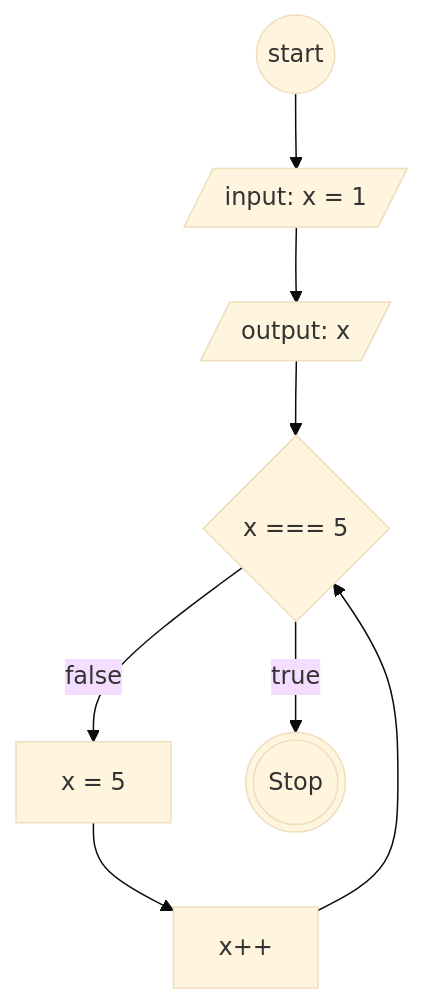
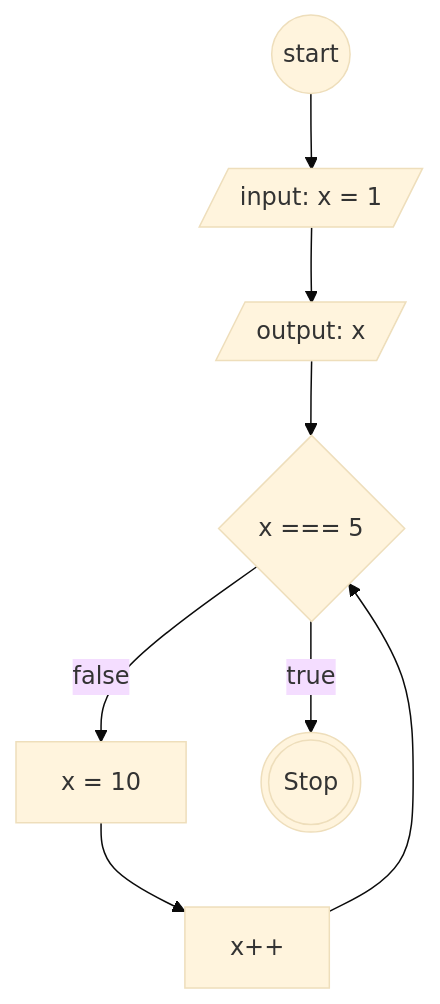
The second of 2 diagrams in flowchart-loop.md (AbiPasundan/koda-b6-javascript1), drawn with Mermaid (base theme) before and after one commit. The commit also changed other lines of this file, not shown here.

````diff
--- a/flowchart-loop.md
+++ b/flowchart-loop.md
@@ -40,17 +42,17 @@
 ```mermaid
     flowchart TB
         Start@{ shape: circ, label: "start"}
         InitialVar@{ shape: lean-r, label: "input: x = 1"}
         PrintX@{ shape: lean-r, label: "output: x"}
 
         If@{ shape: diamond, label: "x === 5"}
-        IfTrue@{ shape: rect, label: "x = 5"}
+        IfTrue@{ shape: rect, label: "x = 10"}
 
         Condition@{ shape: rect, label: "x++"}
 
         Stop@{ shape: dbl-circ, label: "Stop"}
 
         Start-->InitialVar-->PrintX-->If-->|false|IfTrue-->Condition-->If
 
         If-->|true|Stop
 ```
````
